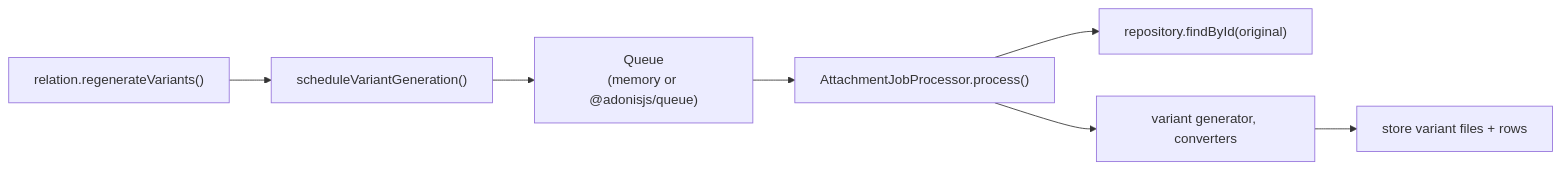
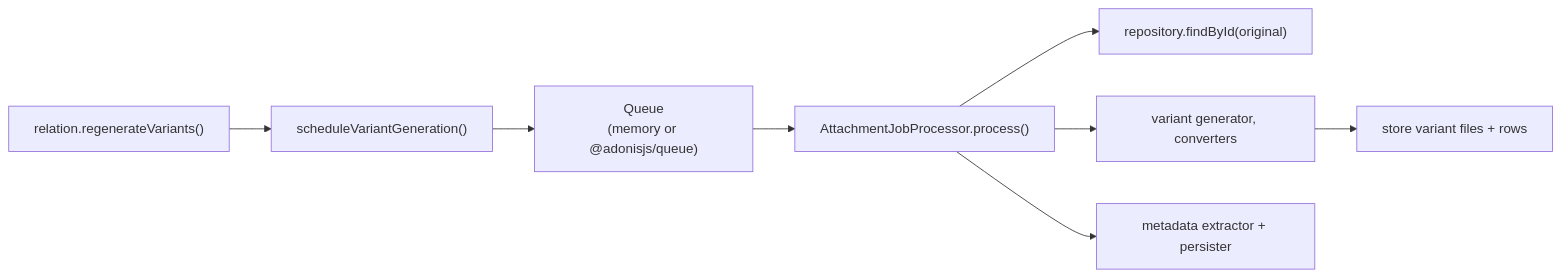
One commit to batosai/adonis-attachment changed the diagram in docs/guide/queues.md. Above: the diagram before and after it, drawn with Mermaid. The commit also changed other lines of this file and 5 other files, not shown here.

````diff
--- a/docs/guide/queues.md
+++ b/docs/guide/queues.md
@@ -96,9 +101,10 @@
 ```mermaid
 graph LR
   R["relation.regenerateVariants()"] --> S["scheduleVariantGeneration()"]
   S --> Q["Queue<br/>(memory or @adonisjs/queue)"]
   Q --> P["AttachmentJobProcessor.process()"]
   P --> REPO["repository.findById(original)"]
   P --> GEN["variant generator, converters"]
   GEN --> ST["store variant files + rows"]
+  P --> META["metadata extractor + persister"]
 ```
````
